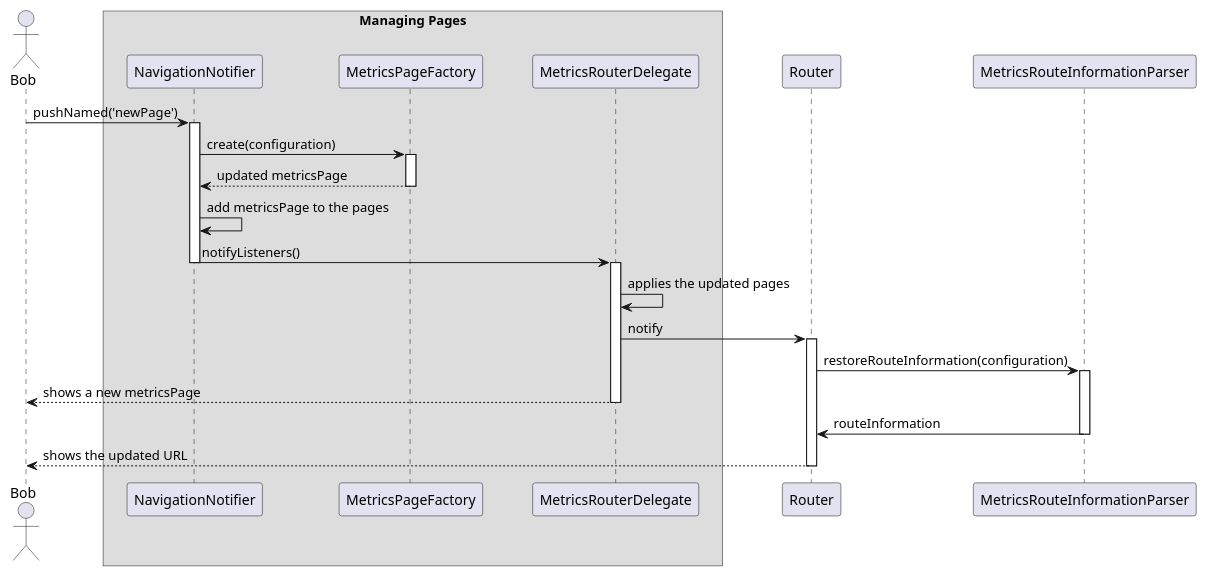
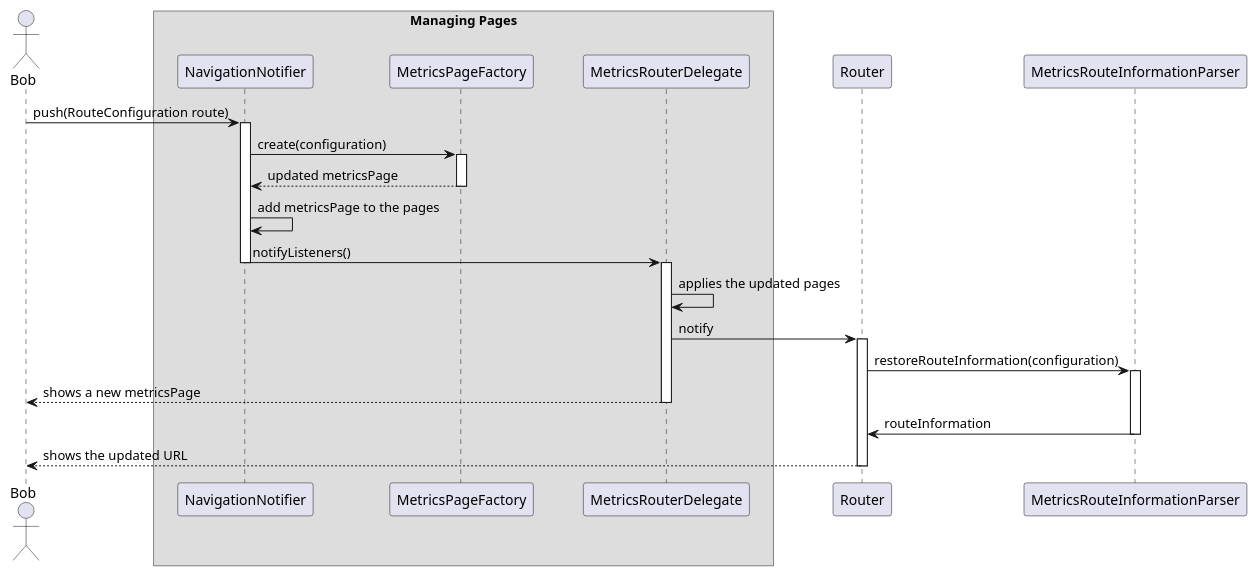
One commit to Flank/flank-dashboard changed the diagram in metrics/web/docs/features/navigation/diagrams/internal_navigation_sequence_diagram.puml. Above: the diagram before and after it, drawn with PlantUML. The commit also changed 3 other files, not shown here.

```diff
--- a/metrics/web/docs/features/navigation/diagrams/internal_navigation_sequence_diagram.puml
+++ b/metrics/web/docs/features/navigation/diagrams/internal_navigation_sequence_diagram.puml
@@ -1,50 +1,50 @@
 @startuml internal_navigation_sequence_diagram
 skinparam ParticipantPadding 20
 skinparam BoxPadding 10
 
 actor Bob
 
 
 
 box Managing Pages
 participant NavigationNotifier
 participant MetricsPageFactory
 participant MetricsRouterDelegate
 endbox
 
 participant Router
 
 participant MetricsRouteInformationParser
 
-Bob -> NavigationNotifier : pushNamed('newPage')
+Bob -> NavigationNotifier : push(RouteConfiguration route)
 activate NavigationNotifier
 
 NavigationNotifier -> MetricsPageFactory : create(configuration)
 activate MetricsPageFactory
 
 return updated metricsPage
 
 NavigationNotifier -> NavigationNotifier : add metricsPage to the pages
 
 NavigationNotifier -> MetricsRouterDelegate : notifyListeners()
 deactivate NavigationNotifier
 activate MetricsRouterDelegate
 
 MetricsRouterDelegate -> MetricsRouterDelegate: applies the updated pages
 
 MetricsRouterDelegate -> Router: notify
 activate Router
 
 Router -> MetricsRouteInformationParser : restoreRouteInformation(configuration)
 activate MetricsRouteInformationParser
 
 MetricsRouterDelegate --> Bob : shows a new metricsPage
 deactivate MetricsRouterDelegate
 
 MetricsRouteInformationParser -> Router : routeInformation
 deactivate MetricsRouteInformationParser
 
 Router -->  Bob : shows the updated URL
 deactivate Router
 
 @enduml
```
